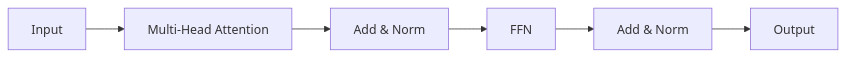
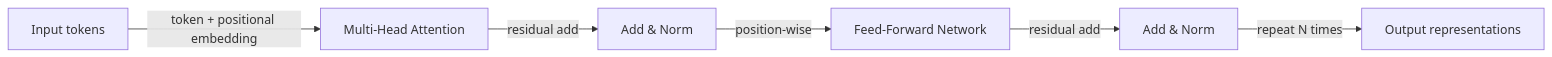
The diagram in docs/transformers/index.md (EmersonBraun/ai-summary-hub), drawn with Mermaid before and after one commit. The commit also changed other lines of this file and 77 other files, not shown here.

````diff
--- a/docs/transformers/index.md
+++ b/docs/transformers/index.md
@@ -25,8 +21,8 @@
 ```mermaid
 flowchart LR
-  A[Input] --> B[Multi-Head Attention]
-  B --> C[Add & Norm]
-  C --> D[FFN]
-  D --> E[Add & Norm]
-  E --> F[Output]
+  A[Input tokens] -->|token + positional embedding| B[Multi-Head Attention]
+  B -->|residual add| C[Add & Norm]
+  C -->|position-wise| D[Feed-Forward Network]
+  D -->|residual add| E[Add & Norm]
+  E -->|repeat N times| F[Output representations]
 ```
````
